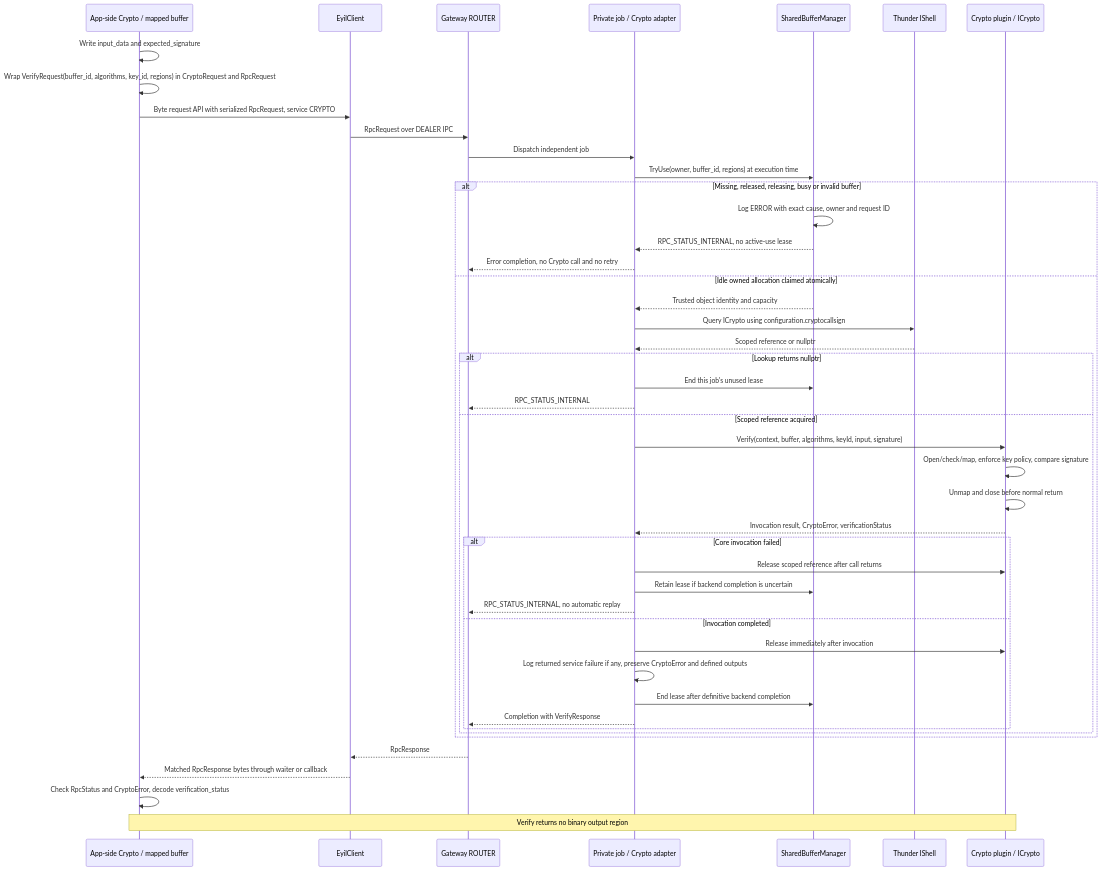
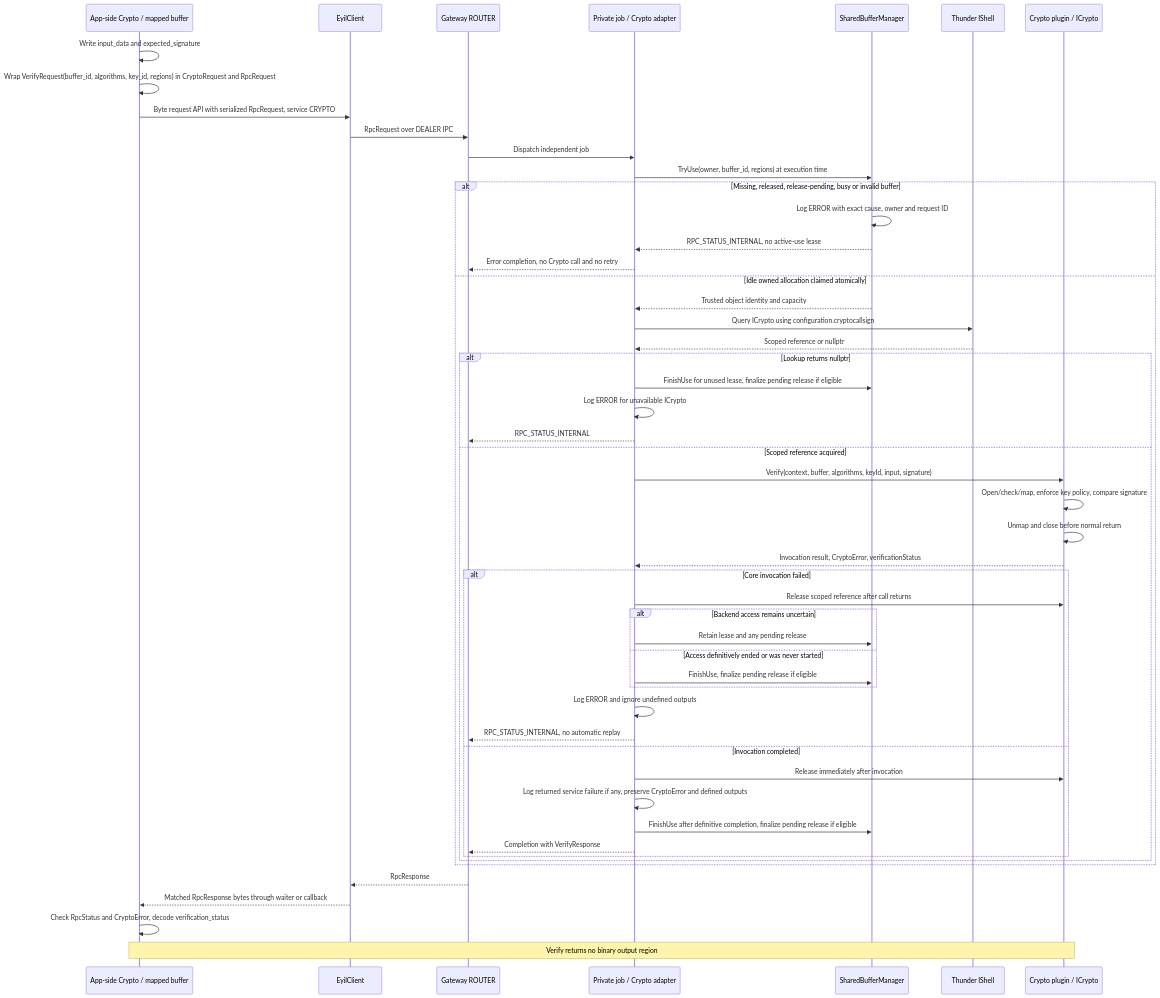
One commit to rdkcentral/eyil-secure-gateway changed diagram 26 of 37 in doc/EyilSecureGateway.md. Above: the diagram before and after it, drawn with Mermaid. The commit also changed other lines of this file, not shown here.

````diff
--- a/doc/EyilSecureGateway.md
+++ b/doc/EyilSecureGateway.md
@@ -3777,48 +3862,54 @@
 ```mermaid
 sequenceDiagram
     participant A as App-side Crypto / mapped buffer
     participant L as EyilClient
     participant R as Gateway ROUTER
     participant J as Private job / Crypto adapter
     participant B as SharedBufferManager
     participant T as Thunder IShell
     participant C as Crypto plugin / ICrypto
     A->>A: Write input_data and expected_signature
     A->>A: Wrap VerifyRequest(buffer_id, algorithms, key_id, regions) in CryptoRequest and RpcRequest
     A->>L: Byte request API with serialized RpcRequest, service CRYPTO
     L->>R: RpcRequest over DEALER IPC
     R->>J: Dispatch independent job
     J->>B: TryUse(owner, buffer_id, regions) at execution time
-    alt Missing, released, releasing, busy or invalid buffer
+    alt Missing, released, release-pending, busy or invalid buffer
         B->>B: Log ERROR with exact cause, owner and request ID
         B-->>J: RPC_STATUS_INTERNAL, no active-use lease
         J-->>R: Error completion, no Crypto call and no retry
     else Idle owned allocation claimed atomically
         B-->>J: Trusted object identity and capacity
         J->>T: Query ICrypto using configuration.cryptocallsign
         T-->>J: Scoped reference or nullptr
         alt Lookup returns nullptr
-            J->>B: End this job's unused lease
+            J->>B: FinishUse for unused lease, finalize pending release if eligible
+            J->>J: Log ERROR for unavailable ICrypto
             J-->>R: RPC_STATUS_INTERNAL
         else Scoped reference acquired
             J->>C: Verify(context, buffer, algorithms, keyId, input, signature)
             C->>C: Open/check/map, enforce key policy, compare signature
             C->>C: Unmap and close before normal return
             C-->>J: Invocation result, CryptoError, verificationStatus
             alt Core invocation failed
                 J->>C: Release scoped reference after call returns
-                J->>B: Retain lease if backend completion is uncertain
+                alt Backend access remains uncertain
+                    J->>B: Retain lease and any pending release
+                else Access definitively ended or was never started
+                    J->>B: FinishUse, finalize pending release if eligible
+                end
+                J->>J: Log ERROR and ignore undefined outputs
                 J-->>R: RPC_STATUS_INTERNAL, no automatic replay
             else Invocation completed
                 J->>C: Release immediately after invocation
                 J->>J: Log returned service failure if any, preserve CryptoError and defined outputs
-                J->>B: End lease after definitive backend completion
+                J->>B: FinishUse after definitive completion, finalize pending release if eligible
                 J-->>R: Completion with VerifyResponse
             end
         end
     end
     R-->>L: RpcResponse
     L-->>A: Matched RpcResponse bytes through waiter or callback
     A->>A: Check RpcStatus and CryptoError, decode verification_status
     Note over A,C: Verify returns no binary output region
 ```
````
